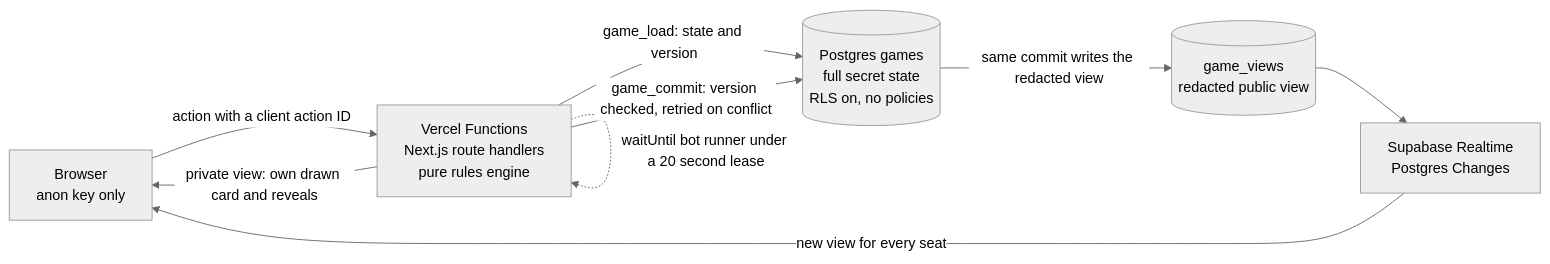
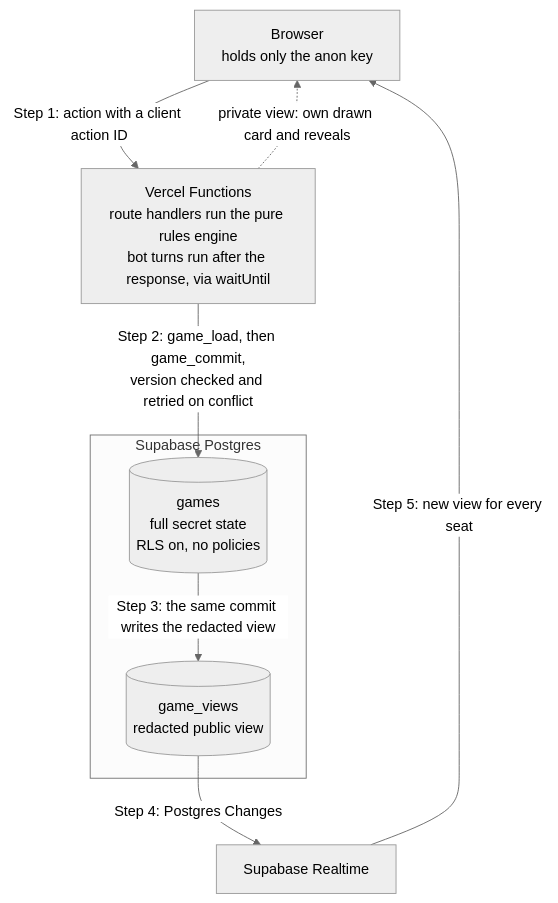
Before and after one commit to bhnsadhu/cambio: the diagram in README.md, drawn with Mermaid (neutral theme). The commit also changed 5 other files, not shown here.

First line of the commit message:
Make the README diagram and images read well on GitHub

````diff
--- a/README.md
+++ b/README.md
@@ -30,17 +30,17 @@
 ```mermaid
-flowchart LR
-  browser["Browser<br/>anon key only"]
-  functions["Vercel Functions<br/>Next.js route handlers<br/>pure rules engine"]
-  games[("Postgres games<br/>full secret state<br/>RLS on, no policies")]
-  views[("game_views<br/>redacted public view")]
-  realtime["Supabase Realtime<br/>Postgres Changes"]
+flowchart TB
+  browser["Browser<br/>holds only the anon key"]
+  functions["Vercel Functions<br/>route handlers run the pure rules engine<br/>bot turns run after the response, via waitUntil"]
+  subgraph postgres["Supabase Postgres"]
+    games[("games<br/>full secret state<br/>RLS on, no policies")]
+    views[("game_views<br/>redacted public view")]
+  end
+  realtime["Supabase Realtime"]
 
-  browser -->|"action with a client action ID"| functions
-  functions -->|"game_load: state and version"| games
-  functions -->|"game_commit: version checked, retried on conflict"| games
-  games -->|"same commit writes the redacted view"| views
-  views --> realtime
-  realtime -->|"new view for every seat"| browser
-  functions -->|"private view: own drawn card and reveals"| browser
-  functions -.->|"waitUntil bot runner under a 20 second lease"| functions
+  browser -->|"Step 1: action with a client action ID"| functions
+  functions -->|"Step 2: game_load, then game_commit,<br/>version checked and retried on conflict"| games
+  games -->|"Step 3: the same commit writes the redacted view"| views
+  views -->|"Step 4: Postgres Changes"| realtime
+  realtime -->|"Step 5: new view for every seat"| browser
+  functions -.->|"private view: own drawn card and reveals"| browser
 ```
````
